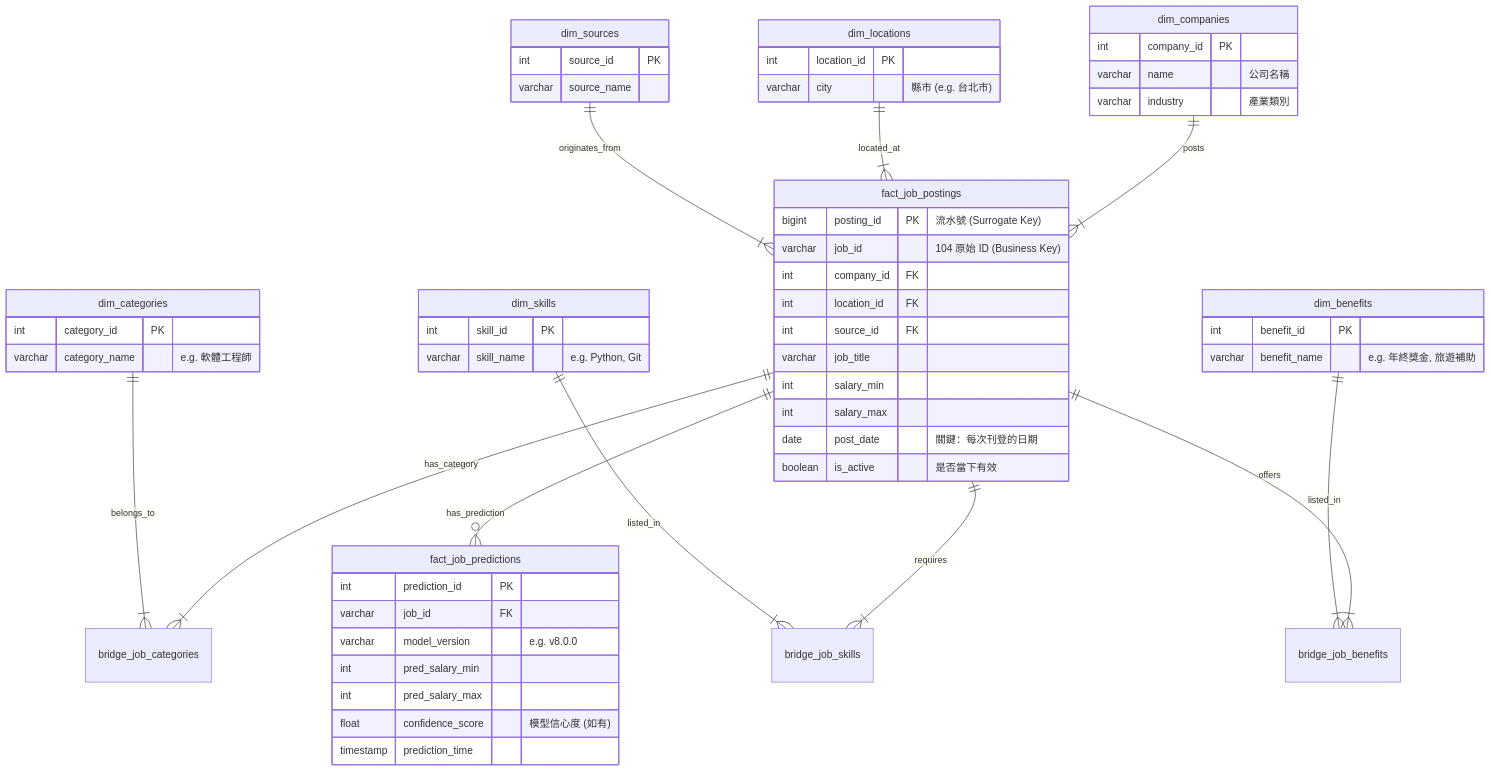
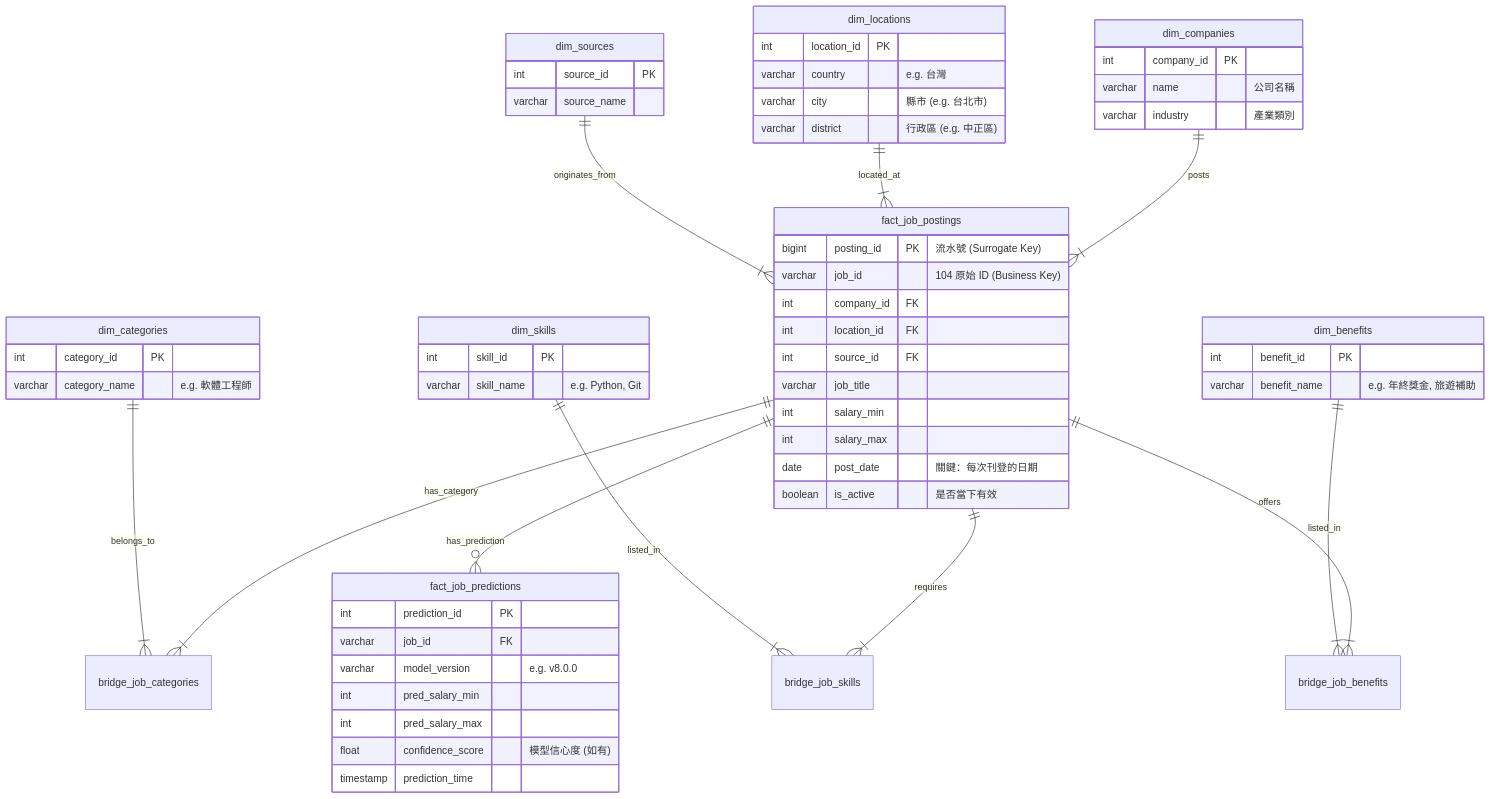
One commit to DataSideProject/WLS changed the diagram in 104_jobdata_crawler_final/database_schema_design.md. Above: the diagram before and after it, drawn with Mermaid. The commit also changed other lines of this file and 2 other files, not shown here.

```diff
--- a/104_jobdata_crawler_final/database_schema_design.md
+++ b/104_jobdata_crawler_final/database_schema_design.md
@@ -39,7 +39,9 @@
     %% 維度表：地區
     dim_locations {
         int location_id PK
+        varchar country "e.g. 台灣"
         varchar city "縣市 (e.g. 台北市)"
+        varchar district "行政區 (e.g. 中正區)"
     }
 
     %% 維度表：職務類別 (參考 104 分類)
```
